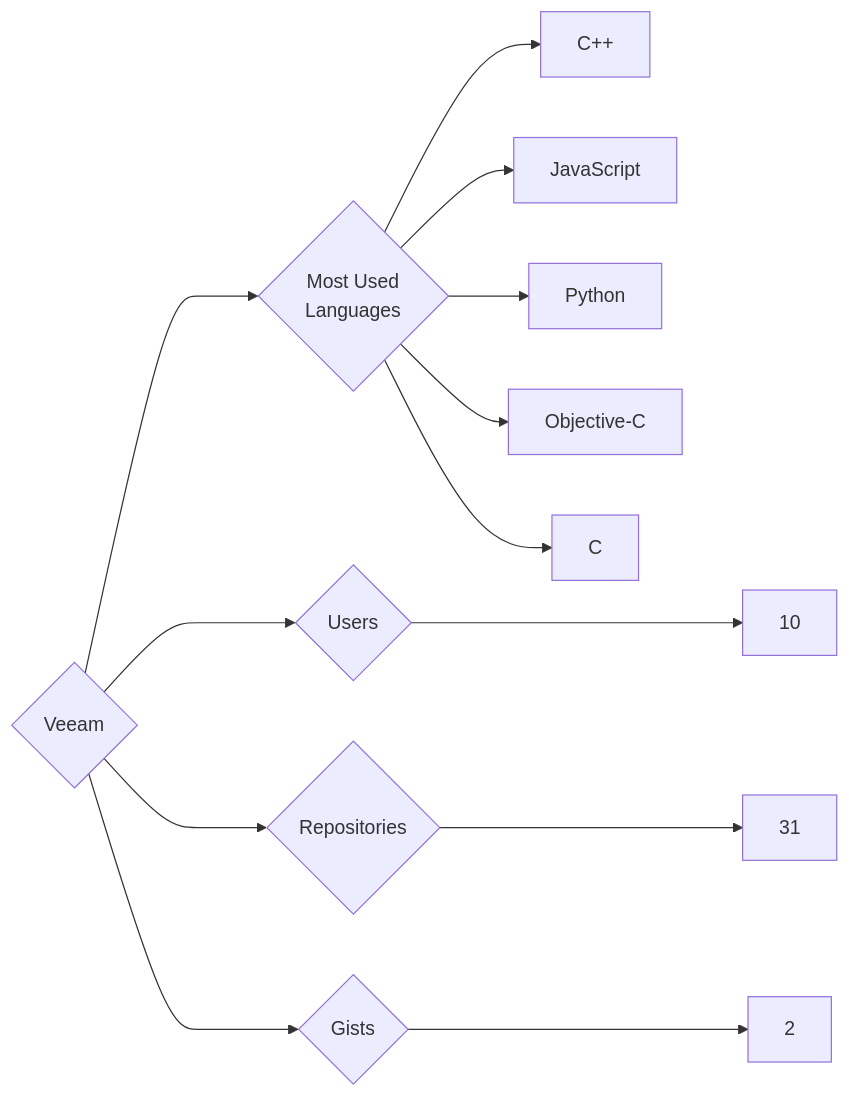
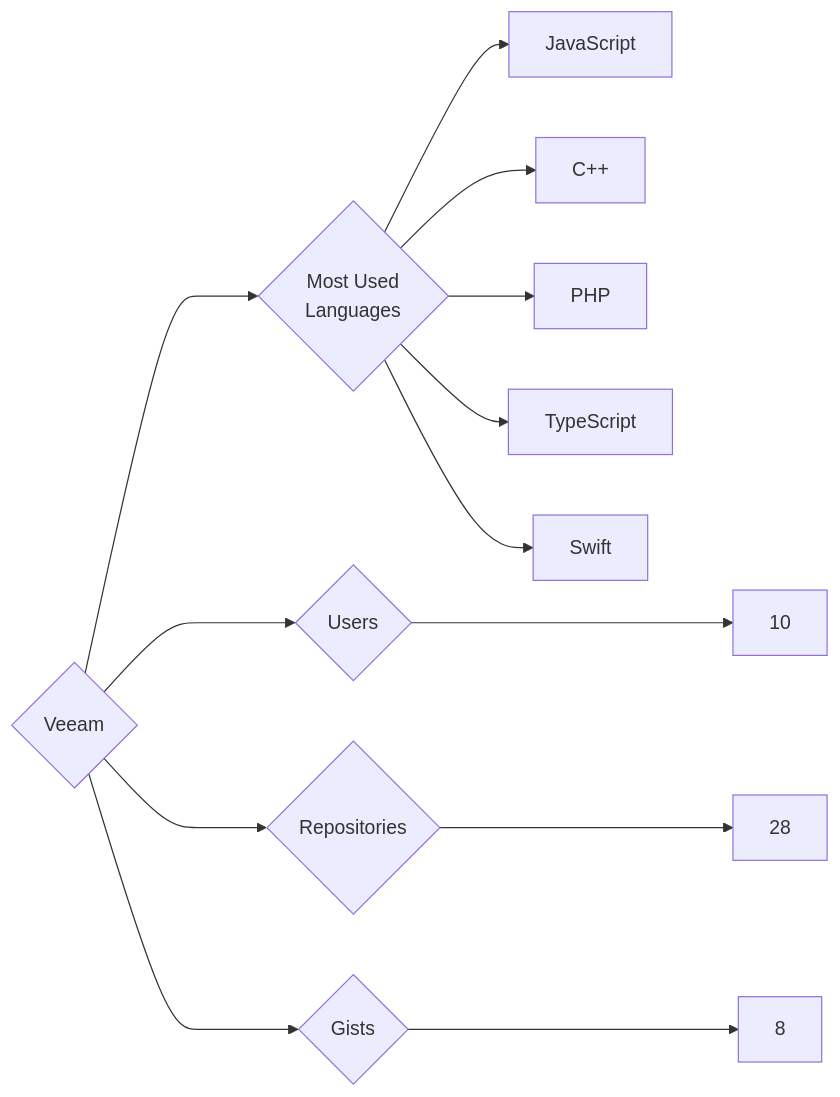
One commit to trickest/insiders changed the diagram in targets/Veeam/README.md. Above: the diagram before and after it, drawn with Mermaid. The commit also changed 728 other files, not shown here.

````diff
--- a/targets/Veeam/README.md
+++ b/targets/Veeam/README.md
@@ -3,13 +3,13 @@
 ```mermaid
 graph LR
 COMPANY_NAME{Veeam}
 COMPANY_NAME ---> U{Users} ---> UN[10]
-COMPANY_NAME ---> R{Repositories} ---> RN[31]
-COMPANY_NAME ---> G{Gists} ---> GN[2]
+COMPANY_NAME ---> R{Repositories} ---> RN[28]
+COMPANY_NAME ---> G{Gists} ---> GN[8]
 COMPANY_NAME ---> ML{Most Used<br>Languages}
+ML --> JavaScript[JavaScript]
 ML --> C++[C++]
-ML --> JavaScript[JavaScript]
-ML --> Python[Python]
-ML --> Objective-C[Objective-C]
-ML --> C[C]
+ML --> PHP[PHP]
+ML --> TypeScript[TypeScript]
+ML --> Swift[Swift]
 ```
````
